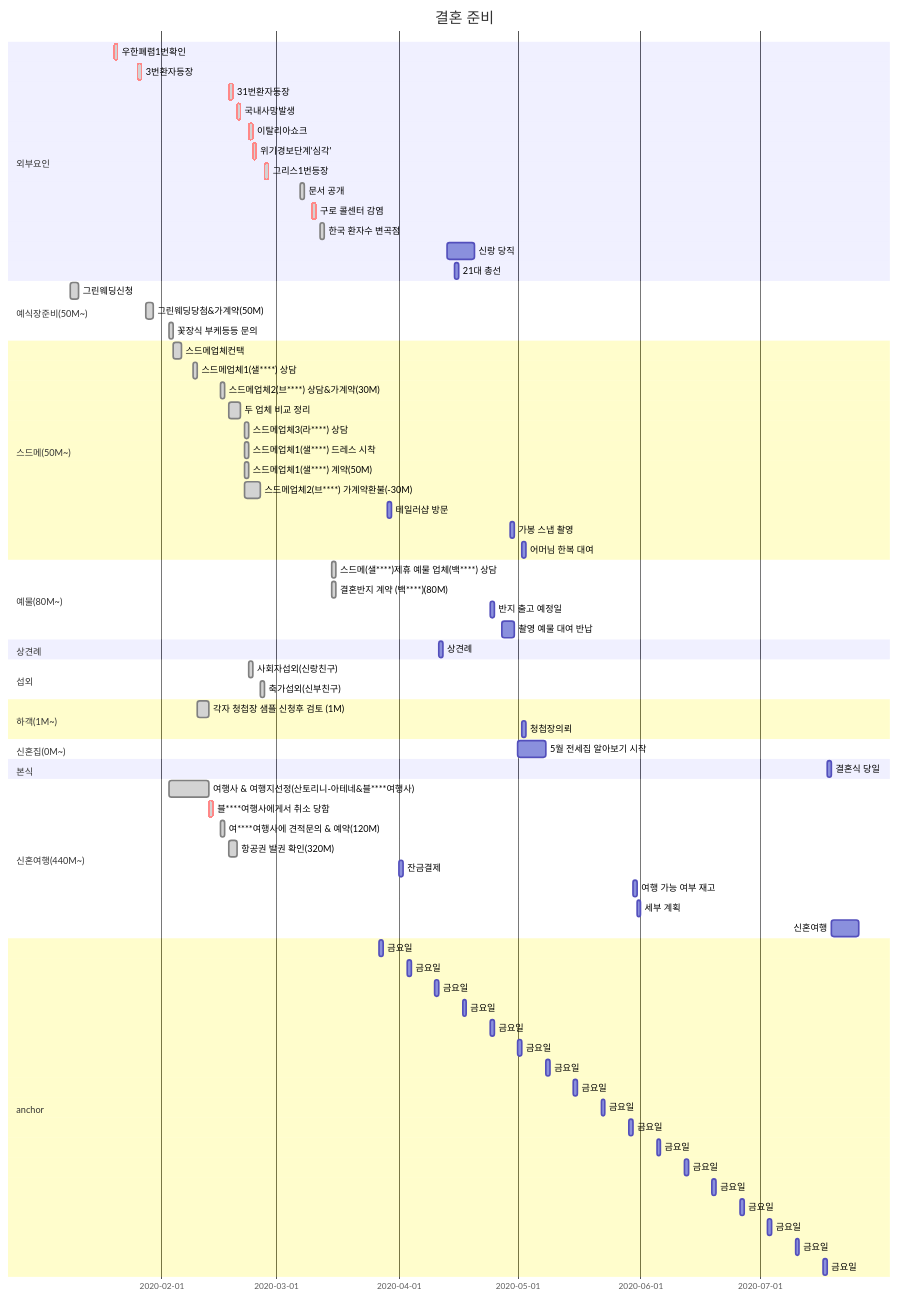
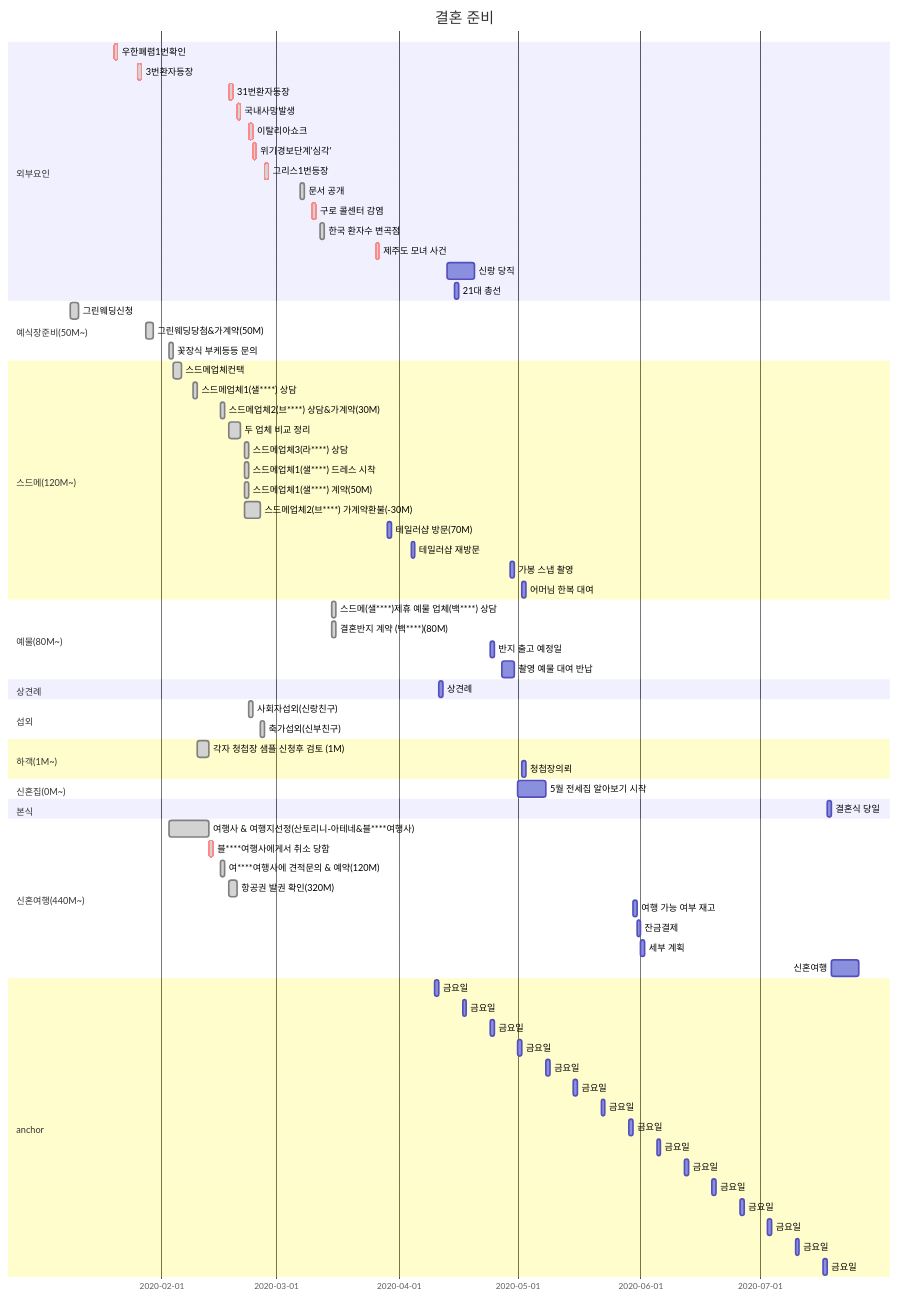
Before and after one commit to rino0601/hjk52knk: the diagram in docs/_static/journal.mmd, drawn with Mermaid. The commit also changed 2 other files, not shown here.

```diff
--- a/docs/_static/journal.mmd
+++ b/docs/_static/journal.mmd
@@ -1,87 +1,87 @@
 gantt
   title 결혼 준비
   dateFormat  YYYY-MM-DD
 
   section 외부요인
     우한폐렴1번확인: done, crit, 2020-01-20, 1d
     3번환자등장: done, crit, 2020-01-26, 1d
     31번환자등장: done, crit, 2020-02-18, 1d
     국내사망발생: done, crit, 2020-02-20, 1d
     이탈리아쇼크: done, crit, 2020-02-23, 1d
     위기경보단계'심각': done, crit, 2020-02-24, 1d
     그리스1번등장: done, crit, 2020-02-27, 1d
     문서 공개: done, 2020-03-07, 1d
     구로 콜센터 감염: done, crit, 2020-03-10, 1d
     한국 환자수 변곡점: done, 2020-03-12, 1d
+    제주도 모녀 사건: done, crit, 2020-03-26, 1d
     신랑 당직: 2020-04-13, 2020-04-20
     21대 총선: 2020-04-15, 1d
 
   section 예식장준비(50M~)
     그린웨딩신청: done, 2020-01-09, 2d
     그린웨딩당첨&가계약(50M): done, 2020-01-28, 2d
     꽃장식 부케등등 문의: done, 2020-02-03, 1d
 
-  section 스드메(50M~)
+  section 스드메(120M~)
     스드메업체컨택: done, 2020-02-04, 2d
     스드메업체1(샐****) 상담: done, 2020-02-09, 1d
     스드메업체2(브****) 상담&가계약(30M): done, 2020-02-16, 1d
     두 업체 비교 정리: done, 2020-02-18, 2020-02-21
     스드메업체3(라****) 상담: done, 2020-02-22, 1d
     스드메업체1(샐****) 드레스 시착: done, 2020-02-22, 1d
     스드메업체1(샐****) 계약(50M): done, 2020-02-22, 1d
     스드메업체2(브****) 가계약환불(-30M): done, 2020-02-22, 2020-02-26
-    테일러샵 방문: 2020-03-29, 1d
+    테일러샵 방문(70M): 2020-03-29, 1d
+    테일러샵 재방문: 2020-04-04, 1d
     가봉 스냅 촬영: 2020-04-29, 1d
     어머님 한복 대여: 2020-05-02, 1d
 
   section 예물(80M~)
     스드메(샐****)제휴 예물 업체(백****) 상담: done, 2020-03-15, 1d
     결혼반지 계약 (백****)(80M): done, 2020-03-15, 1d
     반지 출고 예정일: 2020-04-24, 1d
     촬영 예물 대여 반납: 2020-04-27, 2020-04-30
 
   section 상견례
     상견례: 2020-04-11, 1d
 
   section 섭외
     사회자섭외(신랑친구): done, 2020-02-23, 1d
     축가섭외(신부친구): done, 2020-02-26, 1d
 
   section 하객(1M~)
     각자 청첩장 샘플 신청후 검토 (1M): done, 2020-02-10, 2020-02-13
     청첩장의뢰                : after a11, 1d
 
   section 신혼집(0M~)
     5월 전세집 알아보기 시작: 2020-05-01, 7d
 
   section 본식
     결혼식 당일: dday, 2020-07-18  , 1d
 
   section 신혼여행(440M~)
     여행사 & 여행지선정(산토리니-아테네&블****여행사): done, 2020-02-03, 2020-02-13
     블****여행사에게서 취소 당함: done, crit, 2020-02-13, 1d
     여****여행사에 견적문의 & 예약(120M): done, 2020-02-16, 2020-02-17
     항공권 발권 확인(320M): done, 2020-02-18, 2020-02-20
-    잔금결제: 2020-04-01, 1d
     여행 가능 여부 재고: 2020-05-30, 1d
+    잔금결제: 1d
     세부 계획: 1d
     신혼여행: 2020-07-19, 2020-07-26
 
   section anchor
-    금요일: a16, 2020-03-27, 1d
-    금요일: a15, 2020-04-03, 1d
     금요일: a14, 2020-04-10, 1d
     금요일: a13, 2020-04-17, 1d
     금요일: a12, 2020-04-24, 1d
     금요일: a11, 2020-05-01, 1d
     금요일: a10, 2020-05-08, 1d
     금요일: a9, 2020-05-15, 1d
     금요일: a8, 2020-05-22, 1d
     금요일: a7, 2020-05-29, 1d
     금요일: a6, 2020-06-05, 1d
     금요일: a5, 2020-06-12, 1d
     금요일: a4, 2020-06-19, 1d
     금요일: a3, 2020-06-26, 1d
     금요일: a2, 2020-07-03, 1d
     금요일: a1, 2020-07-10, 1d
     금요일: a0, 2020-07-17, 1d
```
